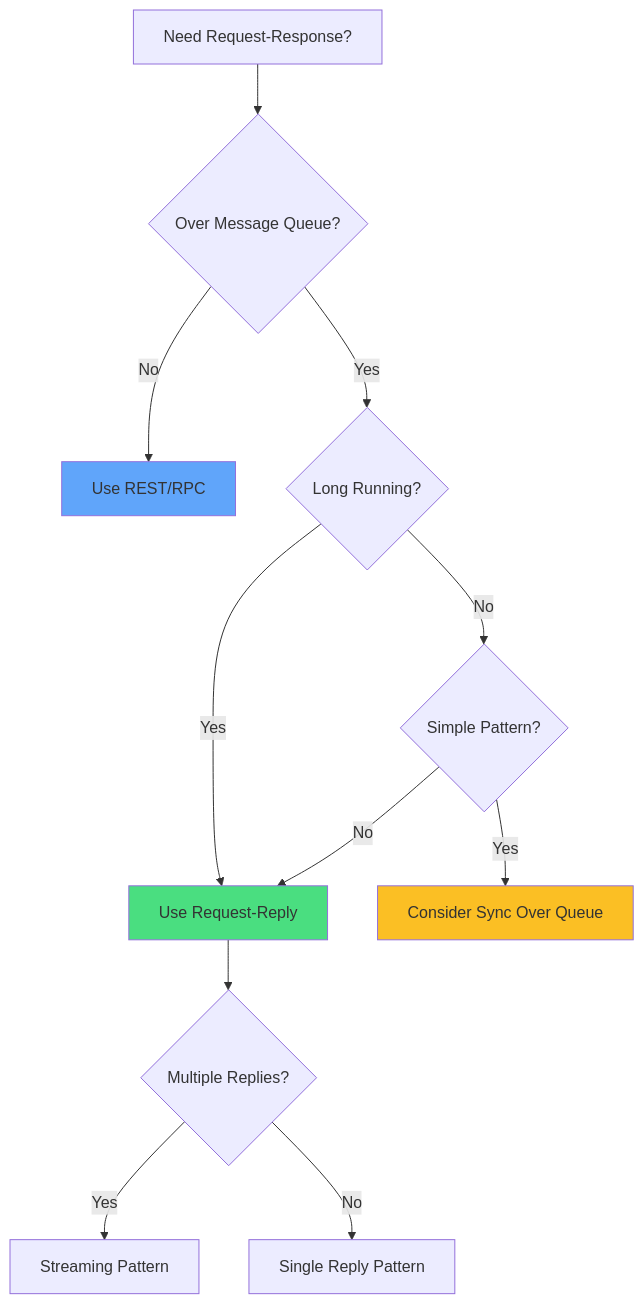
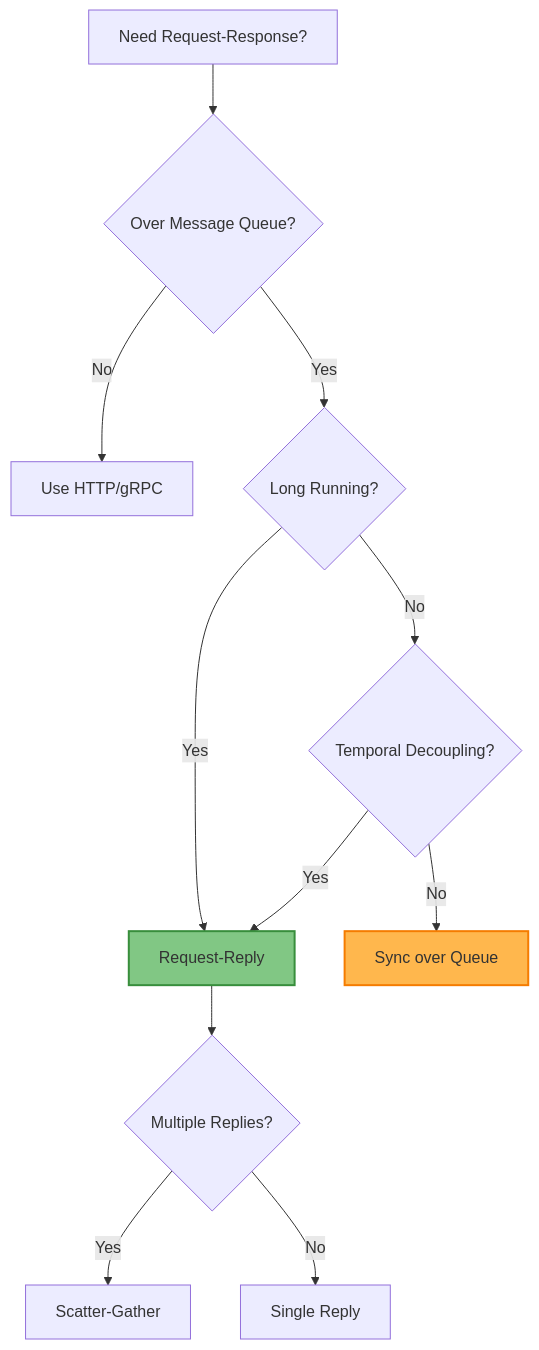
The sixth of 6 diagrams in docs/pattern-library/communication/request-reply.md (deepaucksharma/DStudio), drawn with Mermaid before and after one commit. The commit also changed other lines of this file and 11 other files, not shown here.

````diff
--- a/docs/pattern-library/communication/request-reply.md
+++ b/docs/pattern-library/communication/request-reply.md
@@ -381,20 +504,22 @@
 ```mermaid
 graph TD
-    Start[Need Request-Response?] --> Q1{Over Message Queue?}
-    Q1 -->|No| REST[Use REST/RPC]
-    Q1 -->|Yes| Q2{Long Running?}
+    A[Need Request-Response?] --> B{Over Message Queue?}
+    B -->|No| C[Use HTTP/gRPC]
+    B -->|Yes| D{Long Running?}
     
-    Q2 -->|No| Q3{Simple Pattern?}
-    Q2 -->|Yes| RR[Use Request-Reply]
+    D -->|Yes| E[Request-Reply]
+    D -->|No| F{Temporal Decoupling?}
     
-    Q3 -->|Yes| SYNC[Consider Sync Over Queue]
-    Q3 -->|No| RR
+    F -->|Yes| E
+    F -->|No| G[Sync over Queue]
     
-    RR --> Q4{Multiple Replies?}
-    Q4 -->|Yes| STREAM[Streaming Pattern]
-    Q4 -->|No| SINGLE[Single Reply Pattern]
+    E --> H{Multiple Replies?}
+    H -->|Yes| I[Scatter-Gather]
+    H -->|No| J[Single Reply]
     
-    style RR fill:#4ade80
-    style REST fill:#60a5fa
-    style SYNC fill:#fbbf24
+    classDef recommended fill:#81c784,stroke:#388e3c,stroke-width:2px
+    classDef caution fill:#ffb74d,stroke:#f57c00,stroke-width:2px
+    
+    class E recommended
+    class G caution
 ```
````
